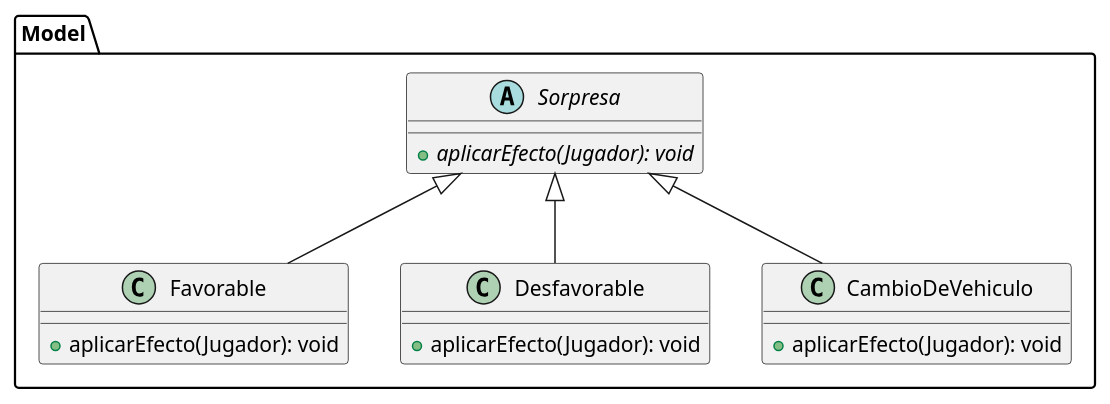
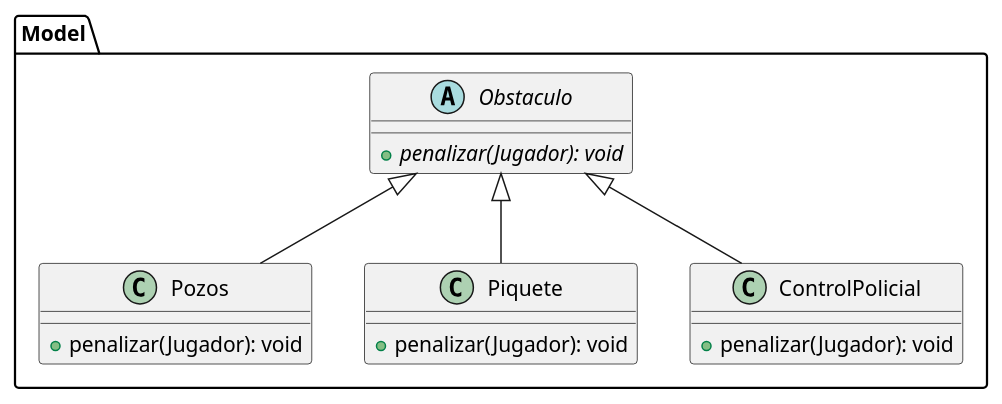
Before and after one commit to TP2Algo3FIUBA/tp2: the diagram in diagrams/classes/clase_obstaculo.plantuml, drawn with PlantUML. The commit also changed 8 other files, not shown here.

Commit message:
Modificacion de diagrama de clases

```diff
--- a/diagrams/classes/clase_obstaculo.plantuml
+++ b/diagrams/classes/clase_obstaculo.plantuml
@@ -1,32 +1,32 @@
 @startuml
 
 package Model {
-        abstract  class Sorpresa {
+        abstract  class Obstaculo {
                 
-                + {abstract} aplicarEfecto(Jugador): void
+                + {abstract} penalizar(Jugador): void
         }
 }
 
 package Model {
-        class Favorable {
-               + aplicarEfecto(Jugador): void
+        class Pozos {
+               + penalizar(Jugador): void
         }
 }
 
 package Model {
-        class Desfavorable {
-               + aplicarEfecto(Jugador): void
+        class Piquete {
+               + penalizar(Jugador): void
         }
 }
 
 package Model {
-        class CambioDeVehiculo {
-             + aplicarEfecto(Jugador): void
+        class ControlPolicial {
+             + penalizar(Jugador): void
         }
 }
 
-Sorpresa <|-- Favorable
-Sorpresa <|-- Desfavorable
-Sorpresa <|-- CambioDeVehiculo
+Obstaculo <|-- Pozos
+Obstaculo <|-- Piquete
+Obstaculo <|-- ControlPolicial
 
 @enduml
```
